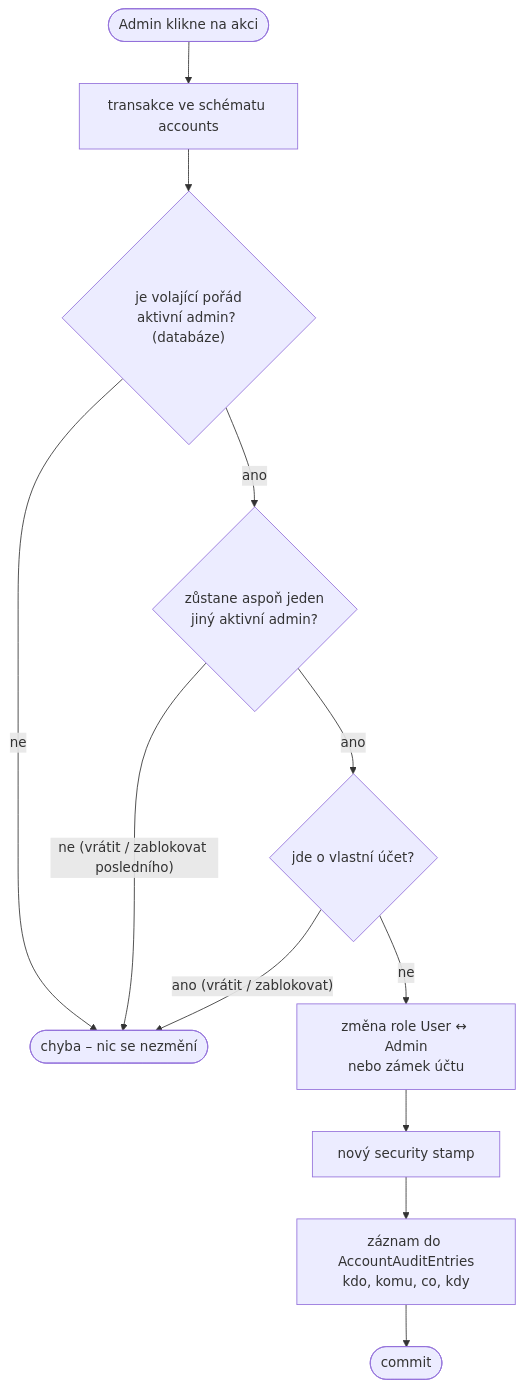
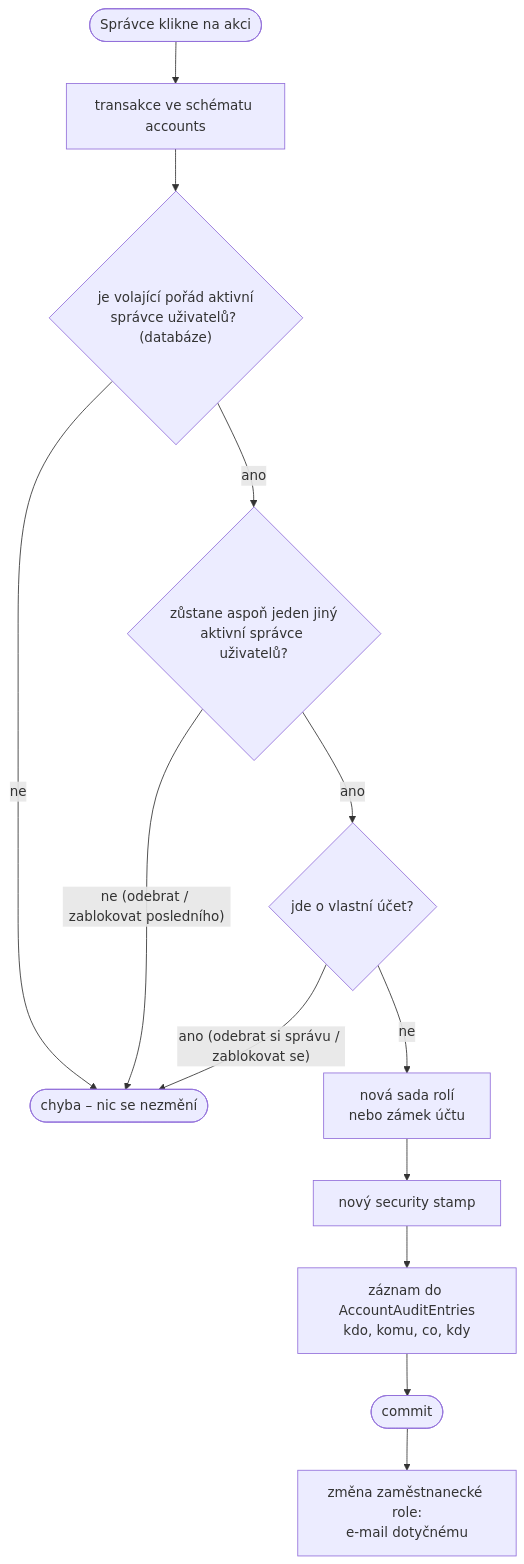
Before and after one commit to ftichy/MiniShop: the second of 7 diagrams in docs/prirucka/architektura/moduly/accounts.md, drawn with Mermaid. The commit also changed other lines of this file and 39 other files, not shown here.

````diff
--- a/docs/prirucka/architektura/moduly/accounts.md
+++ b/docs/prirucka/architektura/moduly/accounts.md
@@ -88,14 +117,15 @@
 ```mermaid
 flowchart TD
-    act(["Admin klikne na akci"]) --> tx["transakce ve schématu accounts"]
-    tx --> actor{"je volající pořád<br/>aktivní admin? (databáze)"}
+    act(["Správce klikne na akci"]) --> tx["transakce ve schématu accounts"]
+    tx --> actor{"je volající pořád aktivní<br/>správce uživatelů? (databáze)"}
     actor -->|ne| fail(["chyba – nic se nezmění"])
-    actor -->|ano| last{"zůstane aspoň jeden<br/>jiný aktivní admin?"}
-    last -->|"ne (vrátit / zablokovat posledního)"| fail
+    actor -->|ano| last{"zůstane aspoň jeden jiný<br/>aktivní správce uživatelů?"}
+    last -->|"ne (odebrat / zablokovat posledního)"| fail
     last -->|ano| self{"jde o vlastní účet?"}
-    self -->|"ano (vrátit / zablokovat)"| fail
-    self -->|ne| change["změna role User ↔ Admin<br/>nebo zámek účtu"]
+    self -->|"ano (odebrat si správu / zablokovat se)"| fail
+    self -->|ne| change["nová sada rolí<br/>nebo zámek účtu"]
     change --> stamp["nový security stamp"]
     stamp --> audit["záznam do AccountAuditEntries<br/>kdo, komu, co, kdy"]
     audit --> commit(["commit"])
+    commit --> mail["změna zaměstnanecké role:<br/>e-mail dotyčnému"]
 ```
````
